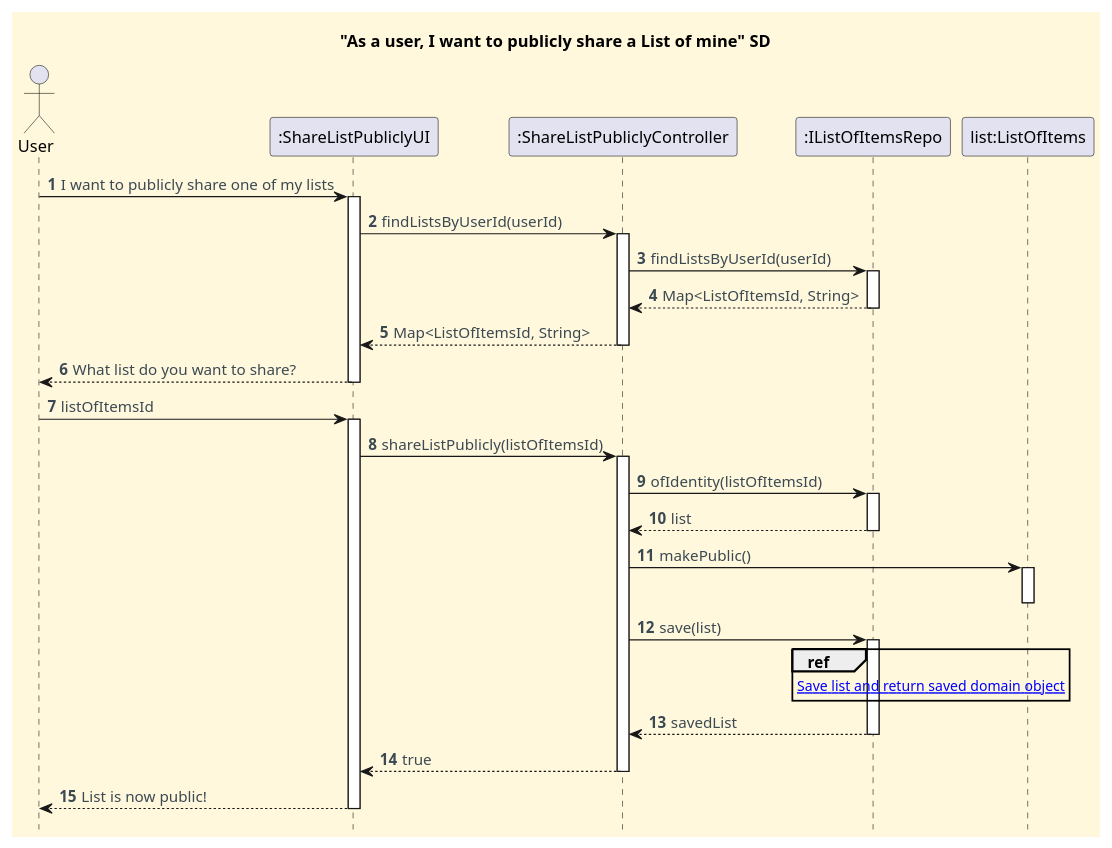
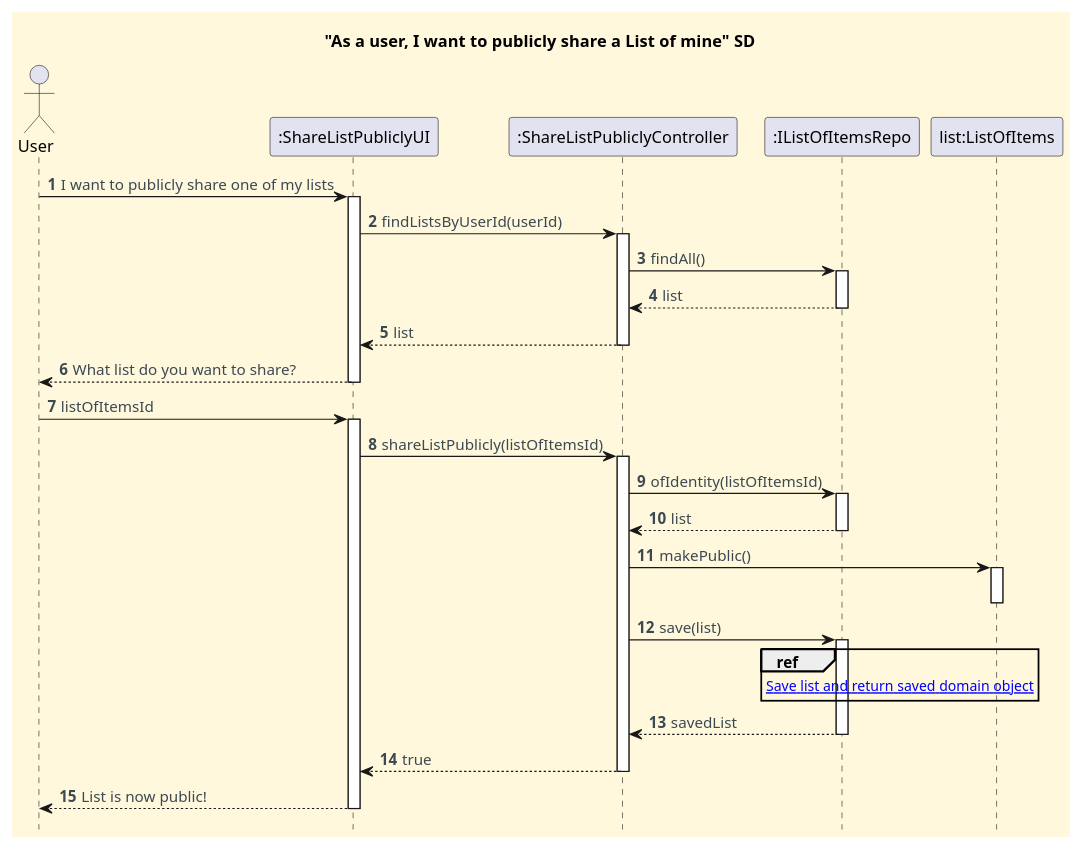
Before and after one commit to CarolinaLeite-collab/JavaMarketplacePlatform: the diagram in docs/functionalities/user/publicly-share-list-of-mine/To_Publicly_Share_A_List_Of_Mine_SD.puml, drawn with PlantUML. The commit also changed 5 other files, not shown here.

Commit message:
Updated Diagrams to meet team standards, refs: #716

```diff
--- a/docs/functionalities/user/publicly-share-list-of-mine/To_Publicly_Share_A_List_Of_Mine_SD.puml
+++ b/docs/functionalities/user/publicly-share-list-of-mine/To_Publicly_Share_A_List_Of_Mine_SD.puml
@@ -1,67 +1,67 @@
 @startuml
 title "As a user, I want to publicly share a List of mine" SD
 hide footbox
 
 skinparam monochrome false
 skinparam shadowing false
 skinparam defaultFontName Futura
 skinparam objectFontSize 20
 skinparam backgroundColor CornSilk
 skinparam objectBackgroundColor WhiteSmoke
 skinparam noteBackgroundColor #FFFFE0
 skinparam ArrowFontColor #3B4953
 skinparam ActivationBackgroundColor black
 
 autonumber
 autoactivate off
 
 actor "User"
 participant ":ShareListPubliclyUI" as UI
 participant ":ShareListPubliclyController" as Ctl
 participant ":IListOfItemsRepo" as IListRepo
 
 "User" -> UI : I want to publicly share one of my lists
 activate UI
 
 UI -> Ctl : findListsByUserId(userId)
 activate Ctl
-Ctl -> IListRepo : findListsByUserId(userId)
+Ctl -> IListRepo : findAll()
 activate IListRepo
-IListRepo --> Ctl : Map<ListOfItemsId, String>
+IListRepo --> Ctl :  list
 deactivate IListRepo
-Ctl --> UI : Map<ListOfItemsId, String>
+Ctl --> UI : list
 deactivate Ctl
 
 UI --> "User" : What list do you want to share?
 deactivate UI
 "User" -> UI : listOfItemsId
 activate UI
 
 UI -> Ctl : shareListPublicly(listOfItemsId)
 activate Ctl
 
 Ctl -> IListRepo : ofIdentity(listOfItemsId)
 activate IListRepo
 IListRepo --> Ctl : list
 deactivate IListRepo
 
 Ctl -> "list:ListOfItems" : makePublic()
 activate "list:ListOfItems"
 deactivate "list:ListOfItems"
 
 Ctl -> IListRepo : save(list)
 
 ref over IListRepo
 [[sd-ref-diagrams/Save_ListOfItems.puml Save list and return saved domain object]]
 end ref
 
 activate IListRepo
 IListRepo --> Ctl : savedList
 deactivate IListRepo
 
 Ctl --> UI : true
 deactivate Ctl
 UI --> "User" : List is now public!
 deactivate UI
 
 @enduml
```
